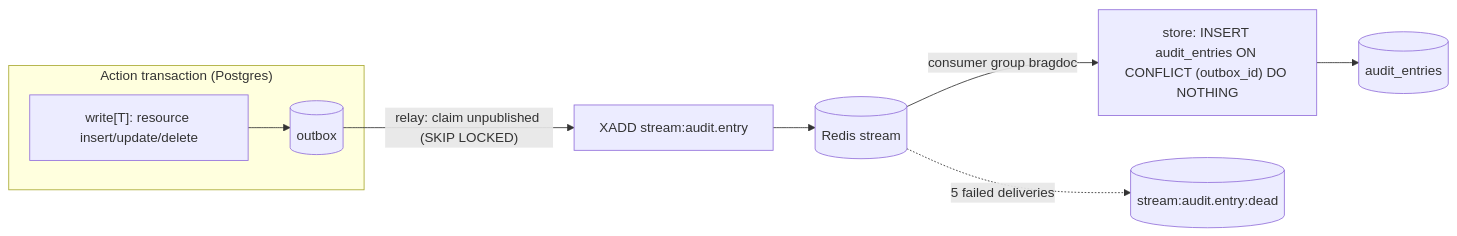
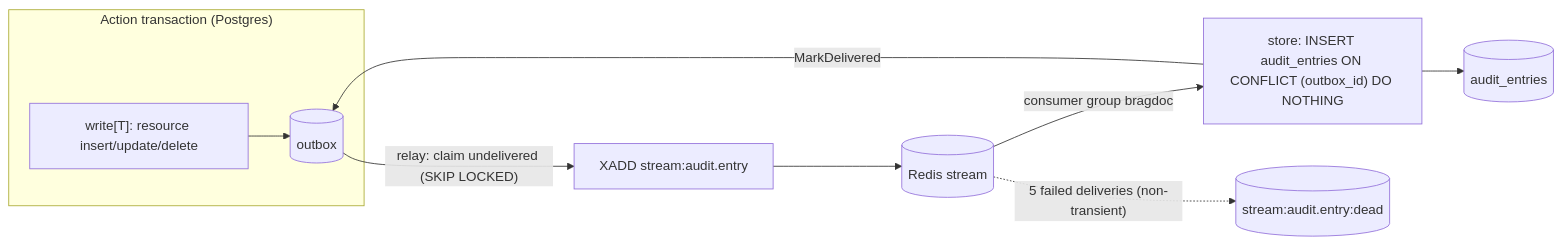
The diagram in docs/plans/2026-10-09-audit-outbox-design.md (Xhamps/bragDocument), drawn with Mermaid before and after one commit. The commit also changed other lines of this file and 2 other files, not shown here.

````diff
--- a/docs/plans/2026-10-09-audit-outbox-design.md
+++ b/docs/plans/2026-10-09-audit-outbox-design.md
@@ -19,11 +20,12 @@
 ```mermaid
 flowchart LR
     subgraph tx["Action transaction (Postgres)"]
         W["write[T]: resource insert/update/delete"] --> O[("outbox")]
     end
-    O -- "relay: claim unpublished (SKIP LOCKED)" --> R["XADD stream:audit.entry"]
+    O -- "relay: claim undelivered (SKIP LOCKED)" --> R["XADD stream:audit.entry"]
     R --> S[("Redis stream")]
     S -- "consumer group bragdoc" --> C["store: INSERT audit_entries ON CONFLICT (outbox_id) DO NOTHING"]
     C --> A[("audit_entries")]
-    S -. "5 failed deliveries" .-> D[("stream:audit.entry:dead")]
+    C -- "MarkDelivered" --> O
+    S -. "5 failed deliveries (non-transient)" .-> D[("stream:audit.entry:dead")]
 ```
````
